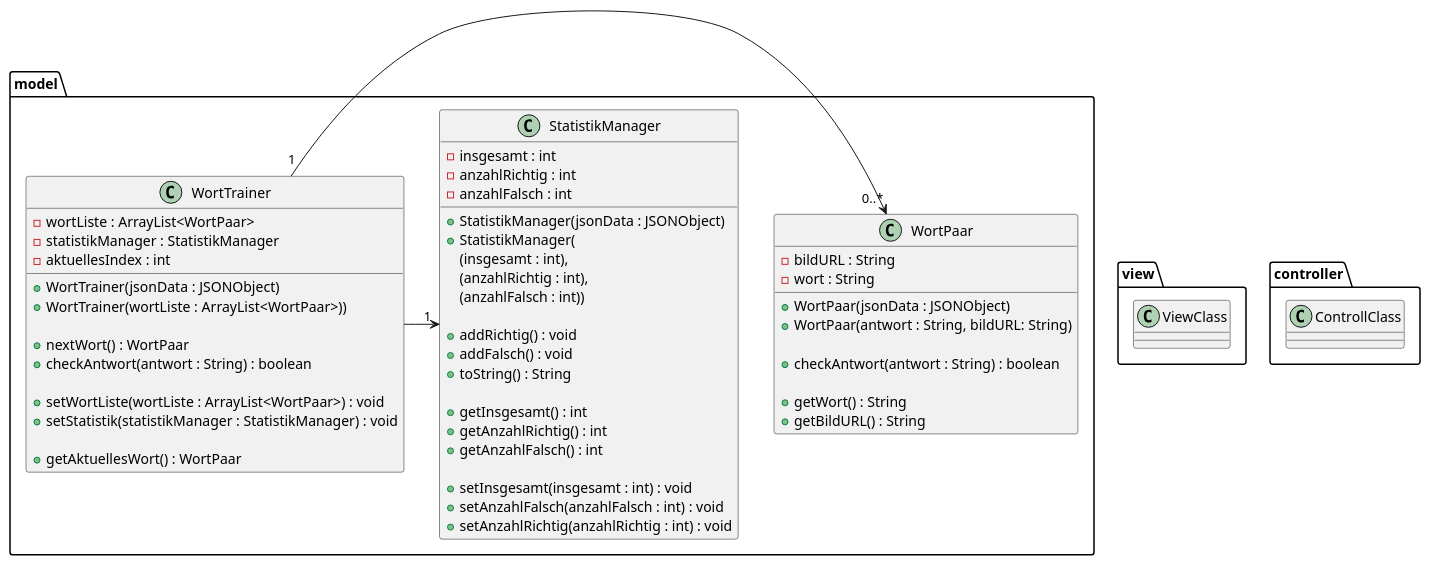
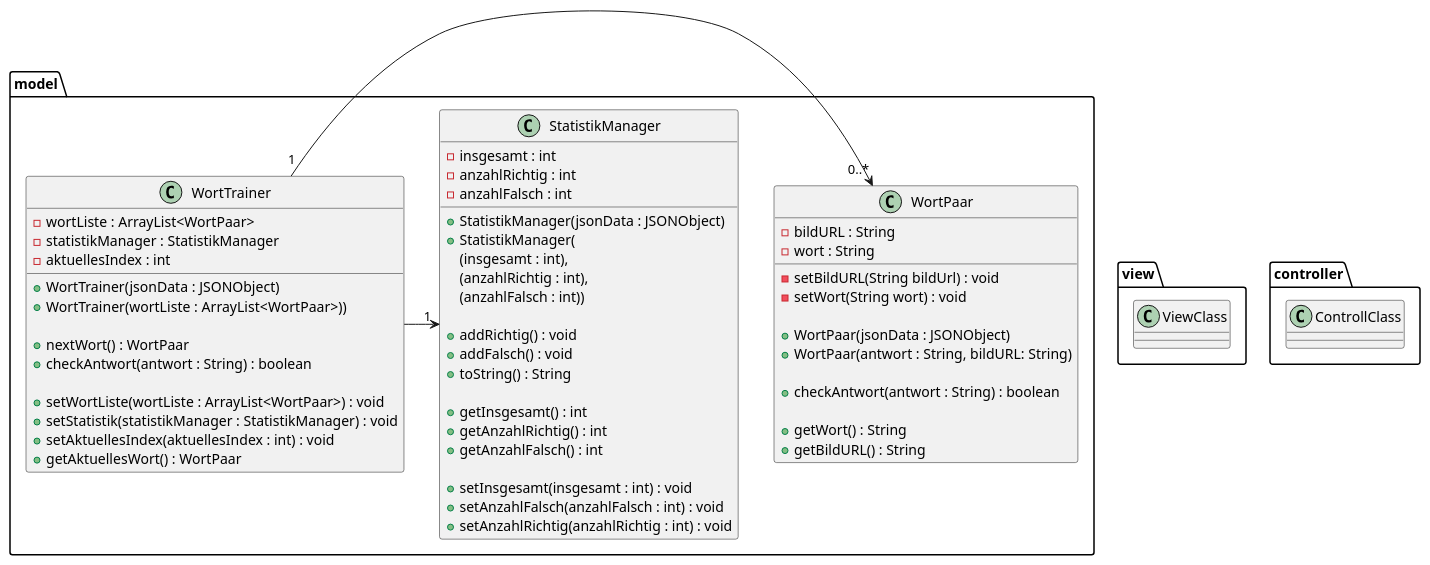
The diagram in Worttrainer_UML.puml (TGM-HIT/sew9-2425-worttrainer-aaabdulkarim), drawn with PlantUML before and after one commit. The commit also changed 4 other files, not shown here.

```diff
--- a/Worttrainer_UML.puml
+++ b/Worttrainer_UML.puml
@@ -1,78 +1,82 @@
 @startuml
 'https://plantuml.com/class-diagram
 
 package model {
 
     class WortPaar {
         - bildURL : String
         - wort : String
 
+        - setBildURL(String bildUrl) : void
+        - setWort(String wort) : void
+
         + WortPaar(jsonData : JSONObject)
         + WortPaar(antwort : String, bildURL: String)
 
         + checkAntwort(antwort : String) : boolean
 
         + getWort() : String
         + getBildURL() : String
+
     }
 
     class WortTrainer {
         - wortListe : ArrayList<WortPaar>
         - statistikManager : StatistikManager
         - aktuellesIndex : int
 
         + WortTrainer(jsonData : JSONObject)
         + WortTrainer(wortListe : ArrayList<WortPaar>))
 
         + nextWort() : WortPaar
         + checkAntwort(antwort : String) : boolean
 
         + setWortListe(wortListe : ArrayList<WortPaar>) : void
         + setStatistik(statistikManager : StatistikManager) : void
-
+        + setAktuellesIndex(aktuellesIndex : int) : void
         + getAktuellesWort() : WortPaar
     }
 
     class StatistikManager {
         - insgesamt : int
         - anzahlRichtig : int
         - anzahlFalsch : int
 
         + StatistikManager(jsonData : JSONObject)
         + StatistikManager(
         (insgesamt : int),
         (anzahlRichtig : int),
         (anzahlFalsch : int))
 
         + addRichtig() : void
         + addFalsch() : void
         + toString() : String
 
         + getInsgesamt() : int
         + getAnzahlRichtig() : int
         + getAnzahlFalsch() : int
 
         + setInsgesamt(insgesamt : int) : void
         + setAnzahlFalsch(anzahlFalsch : int) : void
         + setAnzahlRichtig(anzahlRichtig : int) : void
     }
 }
 
 
 package view {
     class ViewClass {
     }
 }
 
 package controller {
     class ControllClass {
     }
 }
 
 
 
 
 WortTrainer "1" -> "0..*" WortPaar
 WortTrainer -> "1" StatistikManager
 
 @enduml
```
